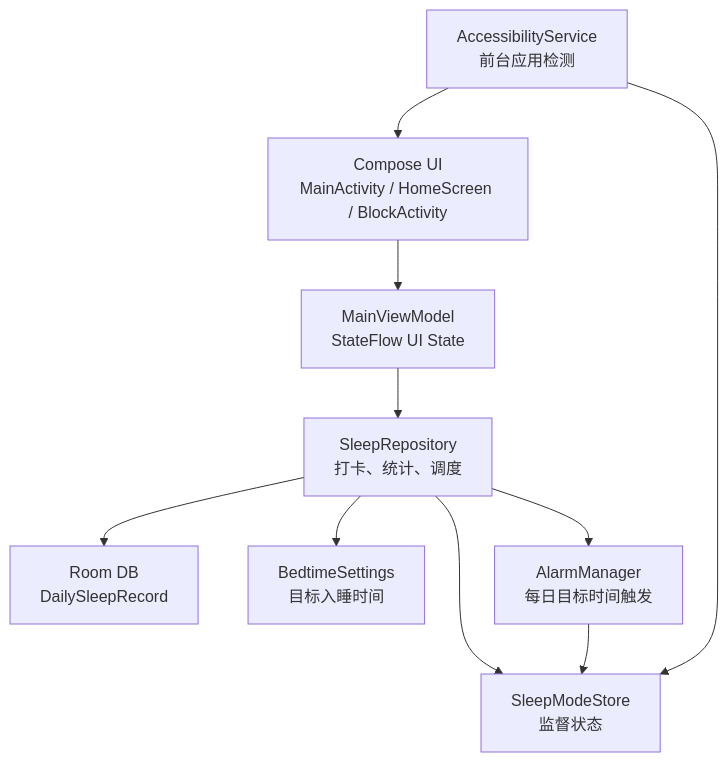
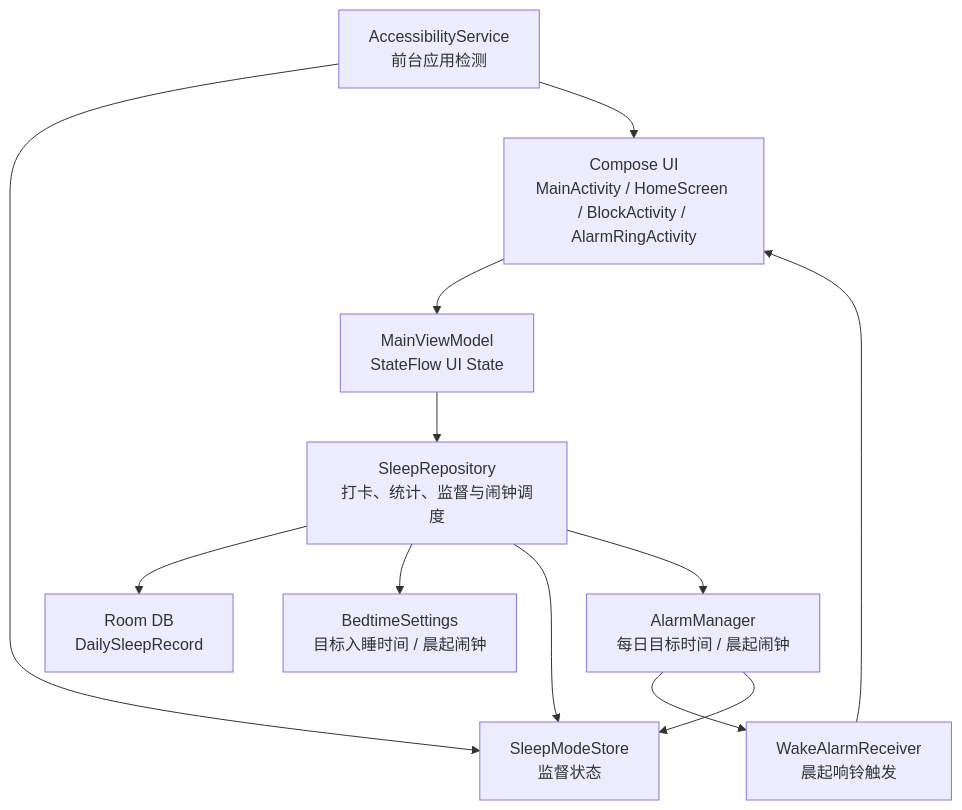
One commit to XuYui/Bedtime_Saver changed the diagram in README.md. Above: the diagram before and after it, drawn with Mermaid. The commit also changed other lines of this file and 15 other files, not shown here.

Commit message:
Add wake alarm ringing flow

````diff
--- a/README.md
+++ b/README.md
@@ -43,21 +44,24 @@
 ```mermaid
 flowchart TD
-    UI["Compose UI\nMainActivity / HomeScreen / BlockActivity"]
+    UI["Compose UI\nMainActivity / HomeScreen / BlockActivity / AlarmRingActivity"]
     VM["MainViewModel\nStateFlow UI State"]
-    Repo["SleepRepository\n打卡、统计、调度"]
+    Repo["SleepRepository\n打卡、统计、监督与闹钟调度"]
     Room["Room DB\nDailySleepRecord"]
-    Settings["BedtimeSettings\n目标入睡时间"]
+    Settings["BedtimeSettings\n目标入睡时间 / 晨起闹钟"]
     Store["SleepModeStore\n监督状态"]
-    Alarm["AlarmManager\n每日目标时间触发"]
+    Alarm["AlarmManager\n每日目标时间 / 晨起闹钟"]
+    Wake["WakeAlarmReceiver\n晨起响铃触发"]
     A11y["AccessibilityService\n前台应用检测"]
 
     UI --> VM
     VM --> Repo
     Repo --> Room
     Repo --> Settings
     Repo --> Store
     Repo --> Alarm
+    Alarm --> Wake
+    Wake --> UI
     Alarm --> Store
     A11y --> Store
     A11y --> UI
 ```
````
